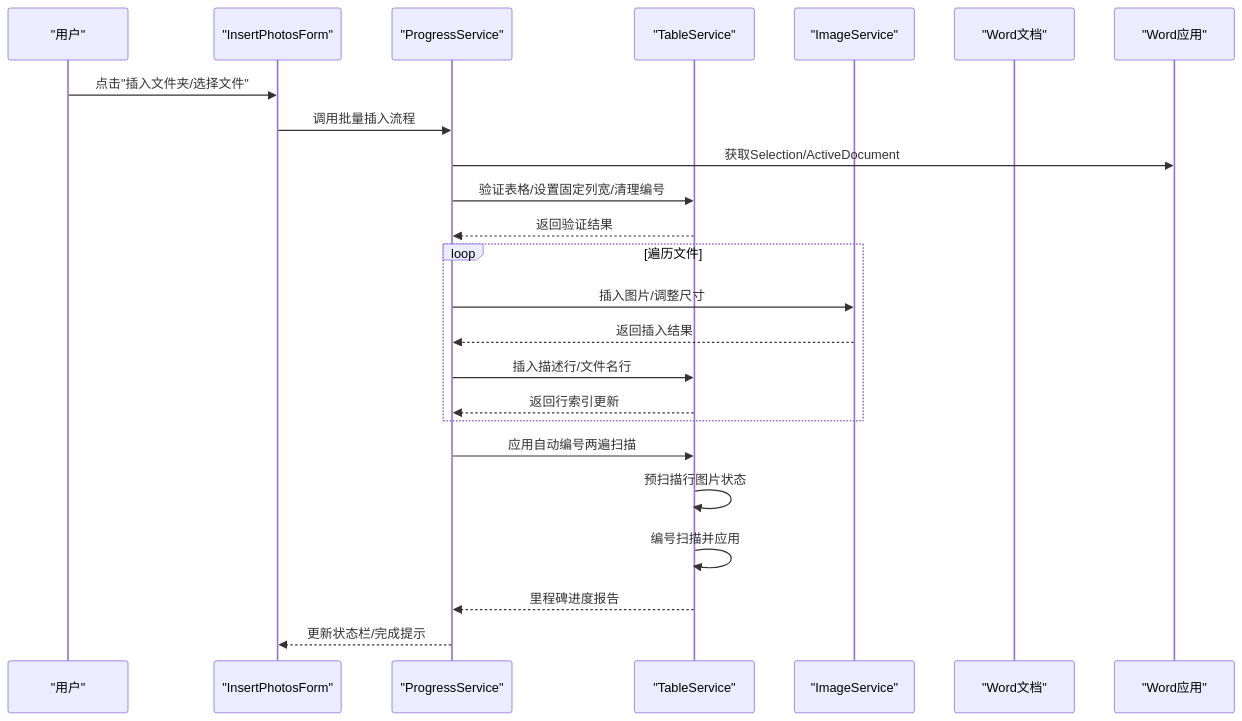
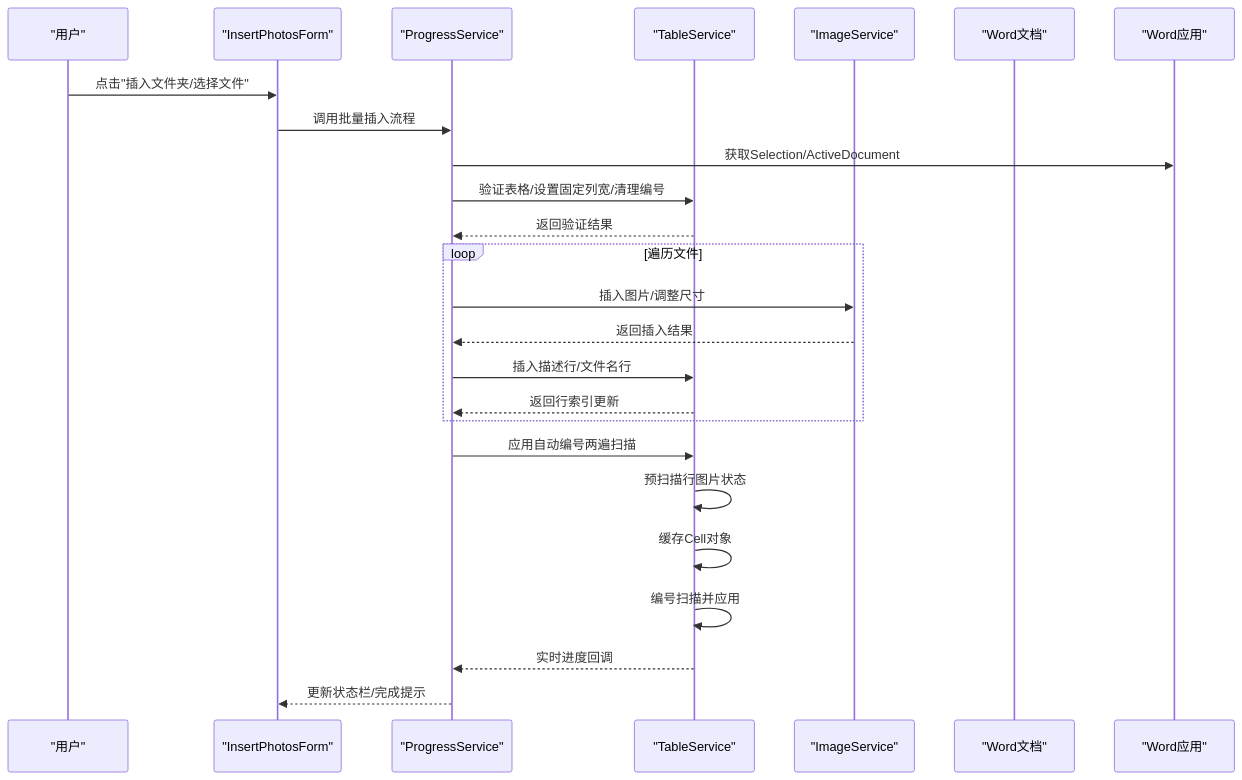
The second of 13 diagrams in .qoder/repowiki/zh/content/服务层/表格服务.md (rainiva/WordTools), drawn with Mermaid before and after one commit. The commit also changed other lines of this file and 6 other files, not shown here.

First line of the commit message:
perf: 内联编号+扫描优化+行准备加速+图片显示修复

````diff
--- a/.qoder/repowiki/zh/content/服务层/表格服务.md
+++ b/.qoder/repowiki/zh/content/服务层/表格服务.md
@@ -117,26 +118,27 @@
 ```mermaid
 sequenceDiagram
 participant User as "用户"
 participant UI as "InsertPhotosForm"
 participant PS as "ProgressService"
 participant TS as "TableService"
 participant IS as "ImageService"
 participant Doc as "Word文档"
 participant App as "Word应用"
 User->>UI : 点击"插入文件夹/选择文件"
 UI->>PS : 调用批量插入流程
 PS->>App : 获取Selection/ActiveDocument
 PS->>TS : 验证表格/设置固定列宽/清理编号
 TS-->>PS : 返回验证结果
 loop 遍历文件
 PS->>IS : 插入图片/调整尺寸
 IS-->>PS : 返回插入结果
 PS->>TS : 插入描述行/文件名行
 TS-->>PS : 返回行索引更新
 end
 PS->>TS : 应用自动编号两遍扫描
 TS->>TS : 预扫描行图片状态
+TS->>TS : 缓存Cell对象
 TS->>TS : 编号扫描并应用
-TS-->>PS : 里程碑进度报告
+TS-->>PS : 实时进度回调
 PS-->>UI : 更新状态栏/完成提示
 ```
````
